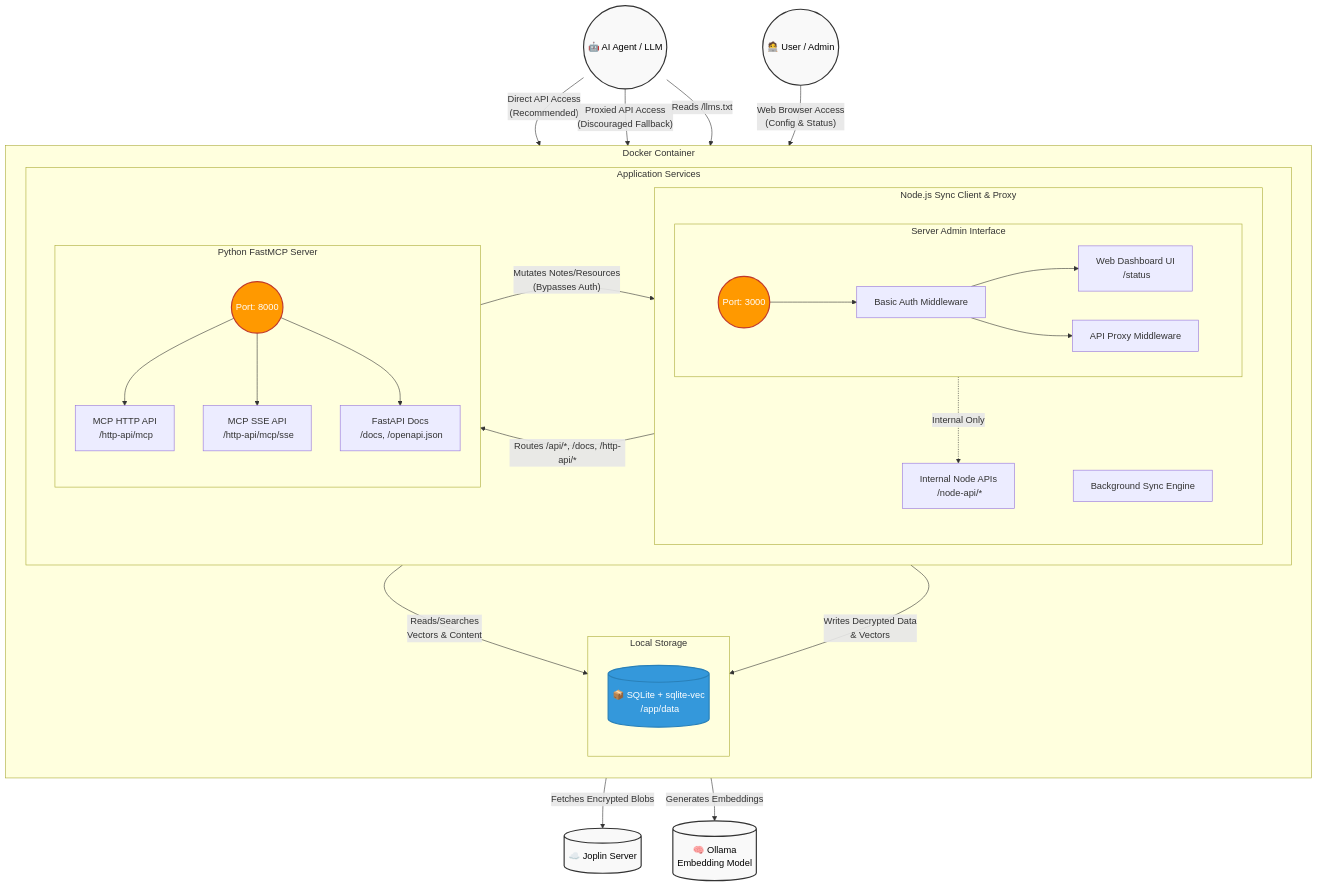
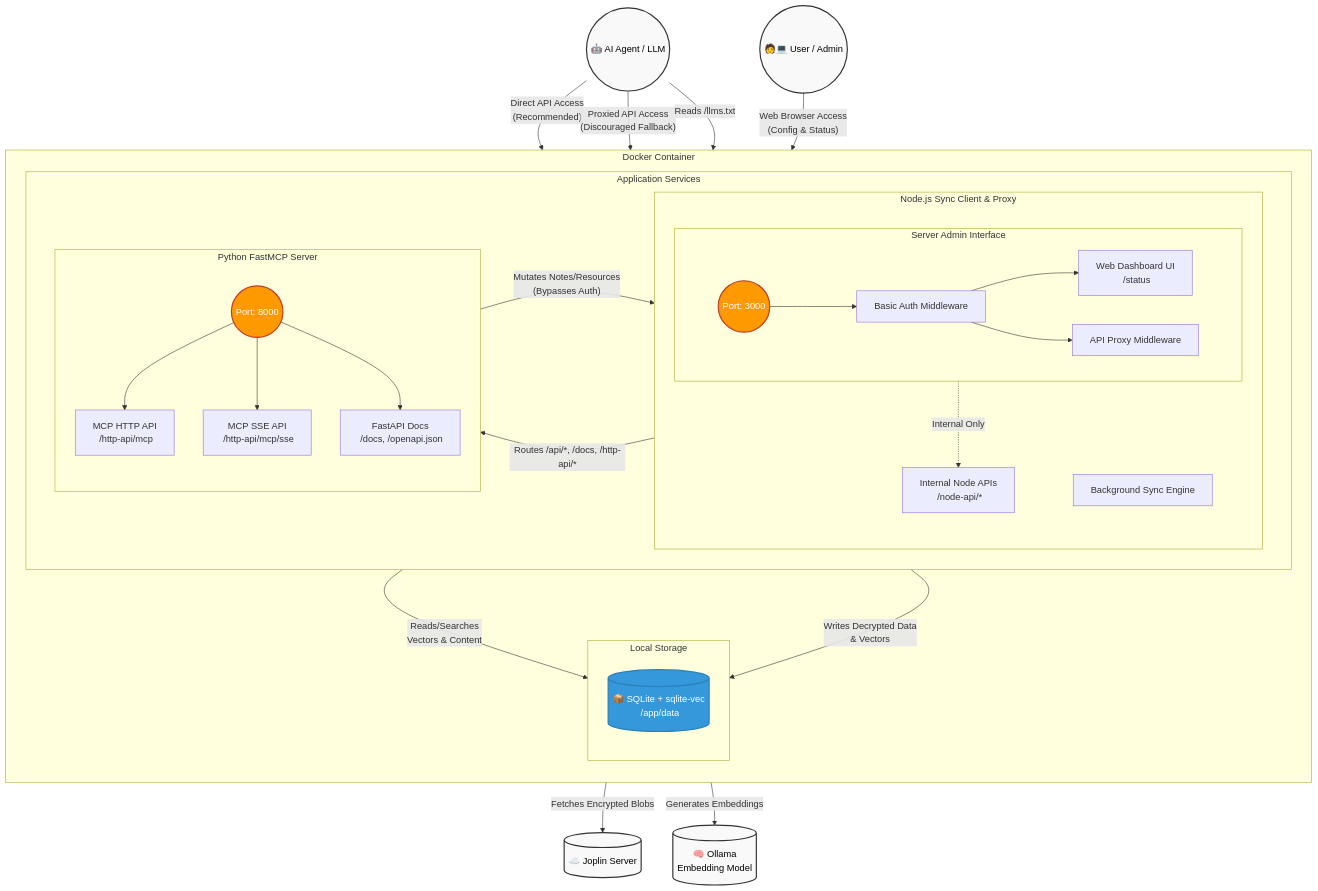
One commit to adamoutler/joplin-server-vector-memory changed the diagram in docs/ARCHITECTURE.md. Above: the diagram before and after it, drawn with Mermaid. The commit also changed 6 other files, not shown here.

````diff
--- a/docs/ARCHITECTURE.md
+++ b/docs/ARCHITECTURE.md
@@ -3,63 +3,63 @@
 ```mermaid
 flowchart TB
  subgraph Web3000["Server Admin Interface"]
     direction LR
         P3000(("Port: 3000"))
         Auth["Basic Auth Middleware"]
         UI["Web Dashboard UI<br>&nbsp;/status"]
         Proxy["API Proxy Middleware"]
   end
  subgraph NodeJS["Node.js Sync Client & Proxy"]
     direction TB
         Web3000
         SyncEngine["Background Sync Engine"]
         NodeAPI["Internal Node APIs<br>&nbsp;/node-api/*"]
   end
  subgraph Python["Python FastMCP Server"]
     direction TB
         P8000(("Port: 8000"))
         MCP_HTTP["MCP HTTP API<br>&nbsp;/http-api/mcp"]
         MCP_SSE["MCP SSE API<br>&nbsp;/http-api/mcp/sse"]
         Docs["FastAPI Docs<br>&nbsp;/docs, /openapi.json"]
   end
  subgraph Services["Application Services"]
     direction LR
         NodeJS
         Python
   end
 
  subgraph Container["Docker Container"]
     direction TB
         Services
         Storage
          subgraph Storage["Local Storage"]
             direction TB
             SQLite[("📦 SQLite + sqlite-vec<br>&nbsp;/app/data")]
          end
   end
     P3000 --> Auth
     Auth --> UI & Proxy
     P8000 --> MCP_HTTP & MCP_SSE & Docs
     Python -- Mutates Notes/Resources<br>(Bypasses Auth) --> NodeAPI
     SyncEngine -- Fetches Encrypted Blobs --> JoplinServer[("☁️ Joplin Server")]
     SyncEngine -- Generates Embeddings --> Ollama[("🧠 Ollama<br>Embedding Model")]
     AIAgent(("🤖 AI Agent / LLM")) -- Direct API Access<br>(Recommended) --> Python
     Proxy -- "Routes /api/*, /docs, /http-api/*" --> Python
     Web3000 -. Internal Only .-> NodeAPI
     Python -- Reads/Searches<br>Vectors &amp; Content --> Storage
     SyncEngine -- Writes Decrypted Data<br>&amp; Vectors --> Storage
     AIAgent -- Proxied API Access<br>(Discouraged Fallback) --> Web3000
     AIAgent -- "Reads /llms.txt" --> Web3000
-    EndUser(("🧑‍💻 User / Admin")) -- Web Browser Access<br>(Config & Status) --> Web3000
+    EndUser(("🧑💻 User / Admin")) -- Web Browser Access<br>(Config & Status) --> Web3000
 
      P3000:::port
      P8000:::port
      SQLite:::storage
      EndUser:::external
      JoplinServer:::external
      Ollama:::external
      AIAgent:::external
     classDef external fill:#f9f9f9,stroke:#333,stroke-width:2px,color:#000
     classDef port fill:#ff9900,stroke:#c0392b,stroke-width:2px,color:#fff
     classDef storage fill:#3498db,stroke:#2980b9,stroke-width:2px,color:#fff
 ```
````
